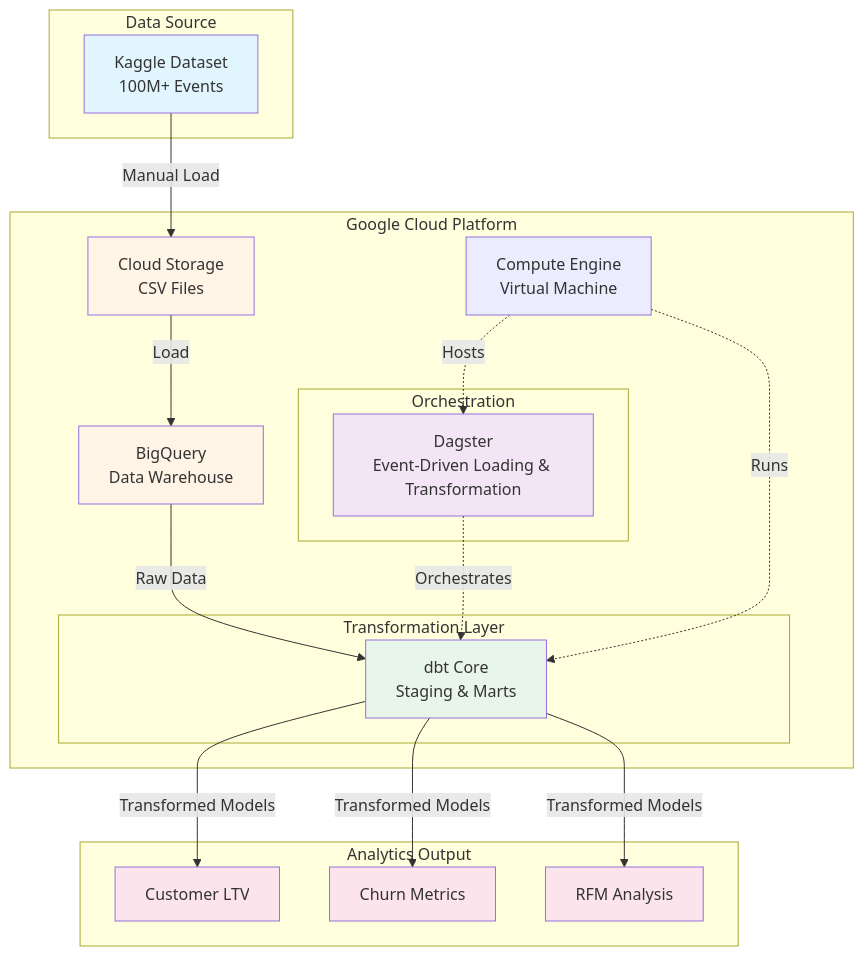
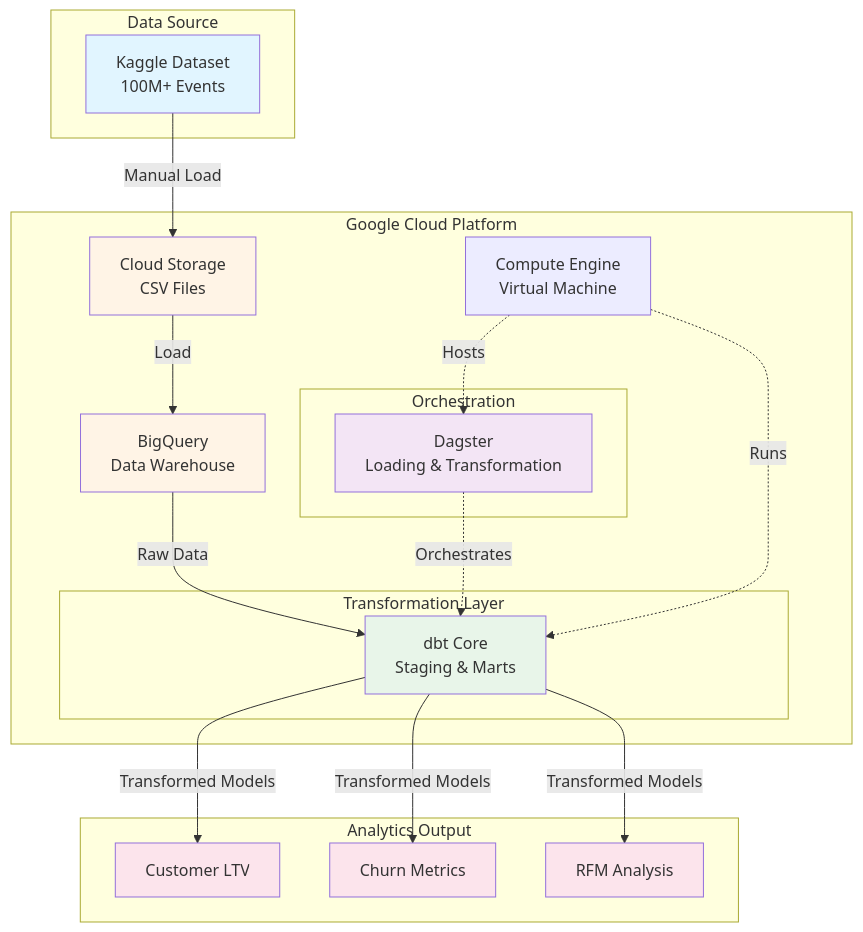
Before and after one commit to vbalalian/estore-analytics: the diagram in README.md, drawn with Mermaid. The commit also changed other lines of this file, not shown here.

First line of the commit message:
Revise image links and add lineage graph section

````diff
--- a/README.md
+++ b/README.md
@@ -18,46 +18,46 @@
 ```mermaid
 graph TB
     subgraph "Data Source"
         A[Kaggle Dataset<br/>100M+ Events]
     end
     
     subgraph "Google Cloud Platform"
         B[Cloud Storage<br/>CSV Files]
         C[BigQuery<br/>Data Warehouse]
         
         subgraph "Transformation Layer"
             D[dbt Core<br/>Staging & Marts]
         end
         
         subgraph "Orchestration"
-            E[Dagster<br/>Event-Driven Loading & Transformation]
+            E[Dagster<br/>Loading & Transformation]
         end
         
         F[Compute Engine<br/>Virtual Machine]
     end
     
     subgraph "Analytics Output"
         G[Customer LTV]
         H[Churn Metrics]
         I[RFM Analysis]
     end
     
     A -->|Manual Load| B
     B -->|Load| C
     C -->|Raw Data| D
     D -->|Transformed Models| G
     D -->|Transformed Models| H
     D -->|Transformed Models| I
     E -.->|Orchestrates| D
     F -.->|Hosts| E
     F -.->|Runs| D
     
     style A fill:#e1f5ff
     style B fill:#fff4e6
     style C fill:#fff4e6
     style D fill:#e8f5e9
     style E fill:#f3e5f5
     style G fill:#fce4ec
     style H fill:#fce4ec
     style I fill:#fce4ec
 ```
````
